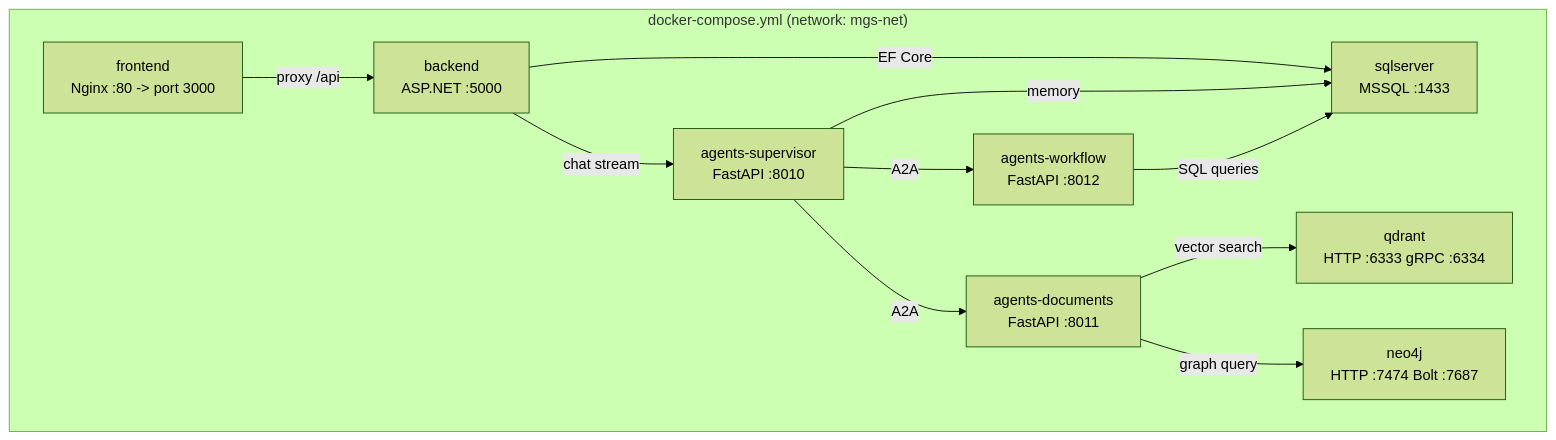
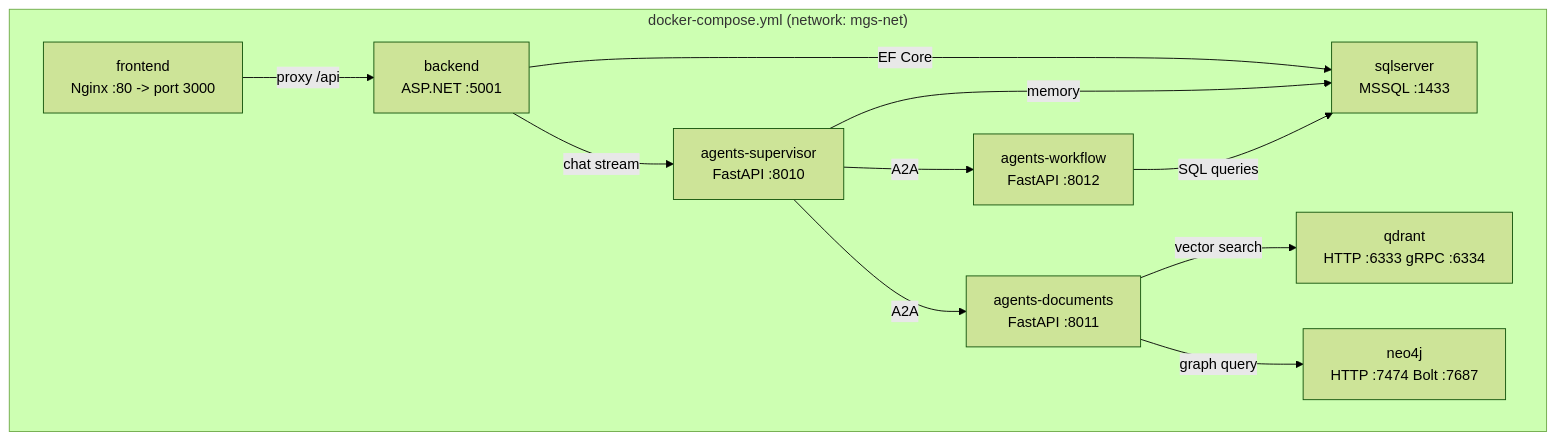
The first of 2 diagrams in infra/README.md (dinhtanloc/MGS-Plus), drawn with Mermaid (forest theme) before and after one commit. The commit also changed other lines of this file and 90 other files, not shown here.

````diff
--- a/infra/README.md
+++ b/infra/README.md
@@ -9,23 +9,23 @@
 ```mermaid
 graph TD
     subgraph Compose["docker-compose.yml  (network: mgs-net)"]
         FE["frontend\nNginx :80 -> port 3000"]
-        BE["backend\nASP.NET :5000"]
+        BE["backend\nASP.NET :5001"]
         SUP["agents-supervisor\nFastAPI :8010"]
         DOC["agents-documents\nFastAPI :8011"]
         WF["agents-workflow\nFastAPI :8012"]
         SQL["sqlserver\nMSSQL :1433"]
         QDRANT["qdrant\nHTTP :6333  gRPC :6334"]
         NEO["neo4j\nHTTP :7474  Bolt :7687"]
     end
 
     FE -->|proxy /api| BE
     BE -->|chat stream| SUP
     BE -->|EF Core| SQL
     SUP -->|A2A| DOC
     SUP -->|A2A| WF
     SUP -->|memory| SQL
     DOC -->|vector search| QDRANT
     DOC -->|graph query| NEO
     WF -->|SQL queries| SQL
 ```
````
